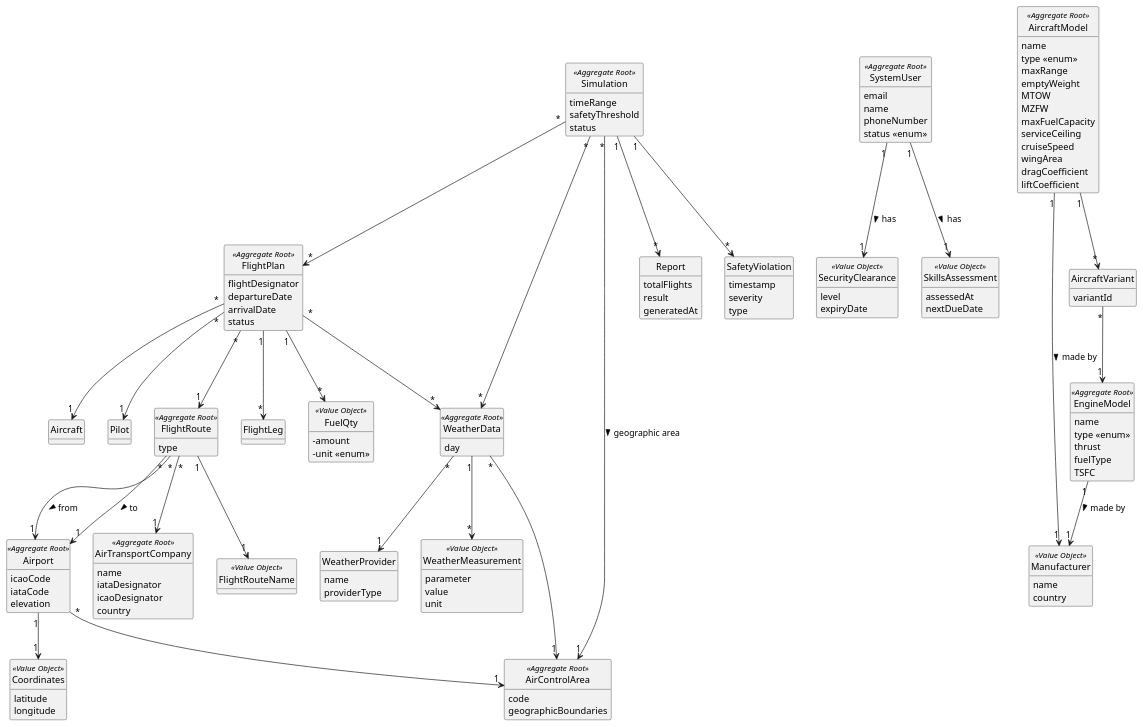
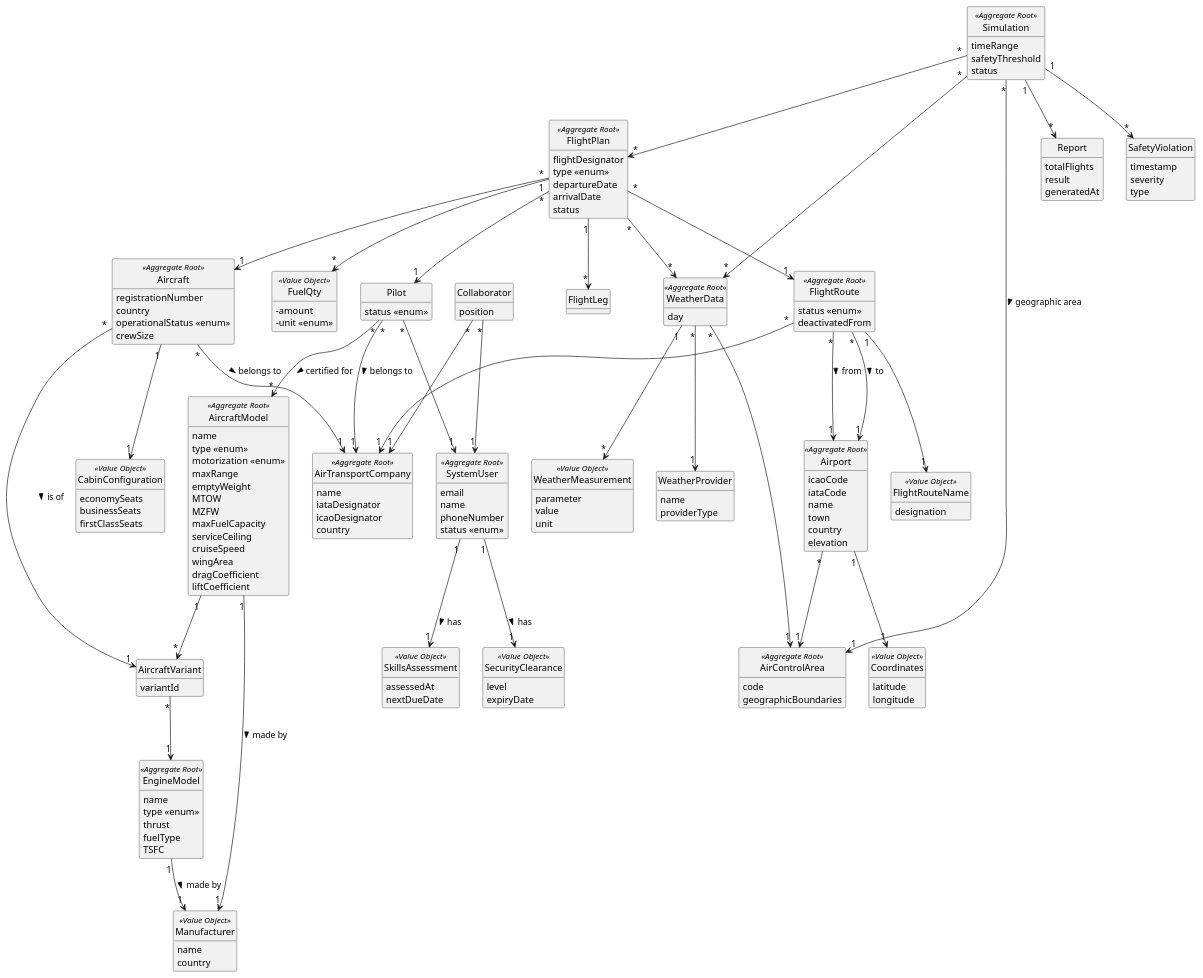
The diagram in docs/global-artifacts/02.analysis/puml/DM.puml (GustavoFerreira24/flight-management-platform), drawn with PlantUML before and after one commit.

Commit message:
Refine domain model with new attributes, enums, and relationships across entities related to all US's up to US75 [#14]

```diff
--- a/docs/global-artifacts/02.analysis/puml/DM.puml
+++ b/docs/global-artifacts/02.analysis/puml/DM.puml
@@ -18,6 +18,7 @@
 
 class FlightPlan <<Aggregate Root>> {
     flightDesignator
+    type <<enum>>
     departureDate
     arrivalDate
     status
@@ -33,12 +34,16 @@
 }
 
 class FlightRoute <<Aggregate Root>> {
-    type
+    status <<enum>>
+    deactivatedFrom
 }
 
 class Airport <<Aggregate Root>> {
     icaoCode
     iataCode
+    name
+    town
+    country
     elevation
 }
 
@@ -54,12 +59,25 @@
     country
 }
 
-class Aircraft {
+class Aircraft <<Aggregate Root>> {
+    registrationNumber
+    country
+    operationalStatus <<enum>>
+    crewSize
+}
 
+class CabinConfiguration <<Value Object>> {
+    economySeats
+    businessSeats
+    firstClassSeats
+}
+
+class Collaborator {
+    position
 }
 
 class FlightRouteName <<Value Object>> {
-
+    designation
 }
 
 class Report {
@@ -69,7 +87,7 @@
 }
 
 class Pilot {
-
+    status <<enum>>
 }
 
 class SafetyViolation {
@@ -123,6 +141,7 @@
 class AircraftModel <<Aggregate Root>> {
     name
     type <<enum>>
+    motorization <<enum>>
     maxRange
     emptyWeight
     MTOW
@@ -181,4 +200,15 @@
 
 EngineModel "1" --> "1" Manufacturer : made by >
 
+Aircraft "*" --> "1" AirTransportCompany : belongs to >
+Aircraft "*" --> "1" AircraftVariant : is of >
+Aircraft "1" --> "1" CabinConfiguration
+
+Collaborator "*" --> "1" SystemUser
+Collaborator "*" --> "1" AirTransportCompany
+
+Pilot "*" --> "1" SystemUser
+Pilot "*" --> "1" AirTransportCompany : belongs to >
+Pilot "*" --> "*" AircraftModel : certified for >
+
 @enduml
```
